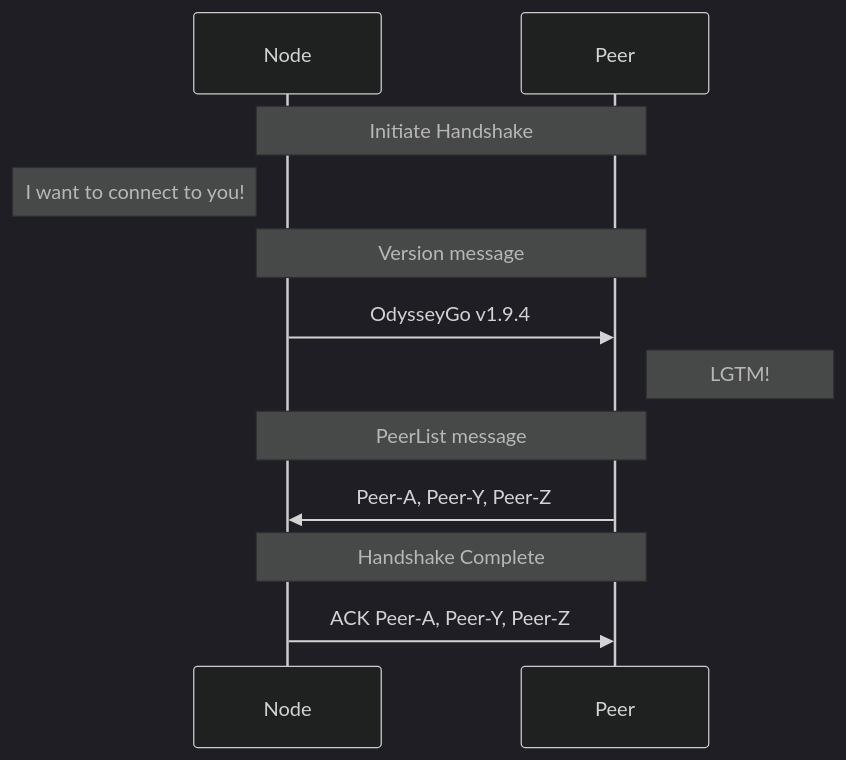
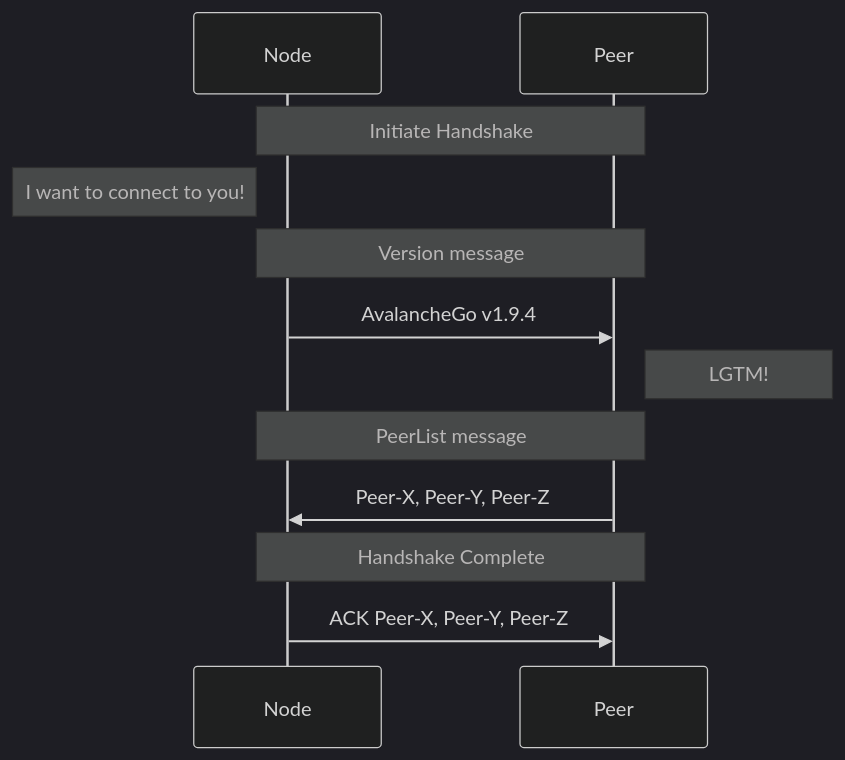
One commit to DioneProtocol/odysseygo changed the third of 5 diagrams in network/README.md. Above: the diagram before and after it, drawn with Mermaid (dark theme). The commit also changed other lines of this file and 1715 other files, not shown here.

````diff
--- a/network/README.md
+++ b/network/README.md
@@ -72,12 +72,12 @@
 ```mermaid
 sequenceDiagram
 Note over Node,Peer: Initiate Handshake
 Note left of Node: I want to connect to you!
 Note over Node,Peer: Version message
-Node->>Peer: OdysseyGo v1.9.4
+Node->>Peer: AvalancheGo v1.9.4
 Note right of Peer: LGTM!
 Note over Node,Peer: PeerList message
-Peer->>Node: Peer-A, Peer-Y, Peer-Z
+Peer->>Node: Peer-X, Peer-Y, Peer-Z
 Note over Node,Peer: Handshake Complete
-Node->>Peer: ACK Peer-A, Peer-Y, Peer-Z
+Node->>Peer: ACK Peer-X, Peer-Y, Peer-Z
 ```
````
